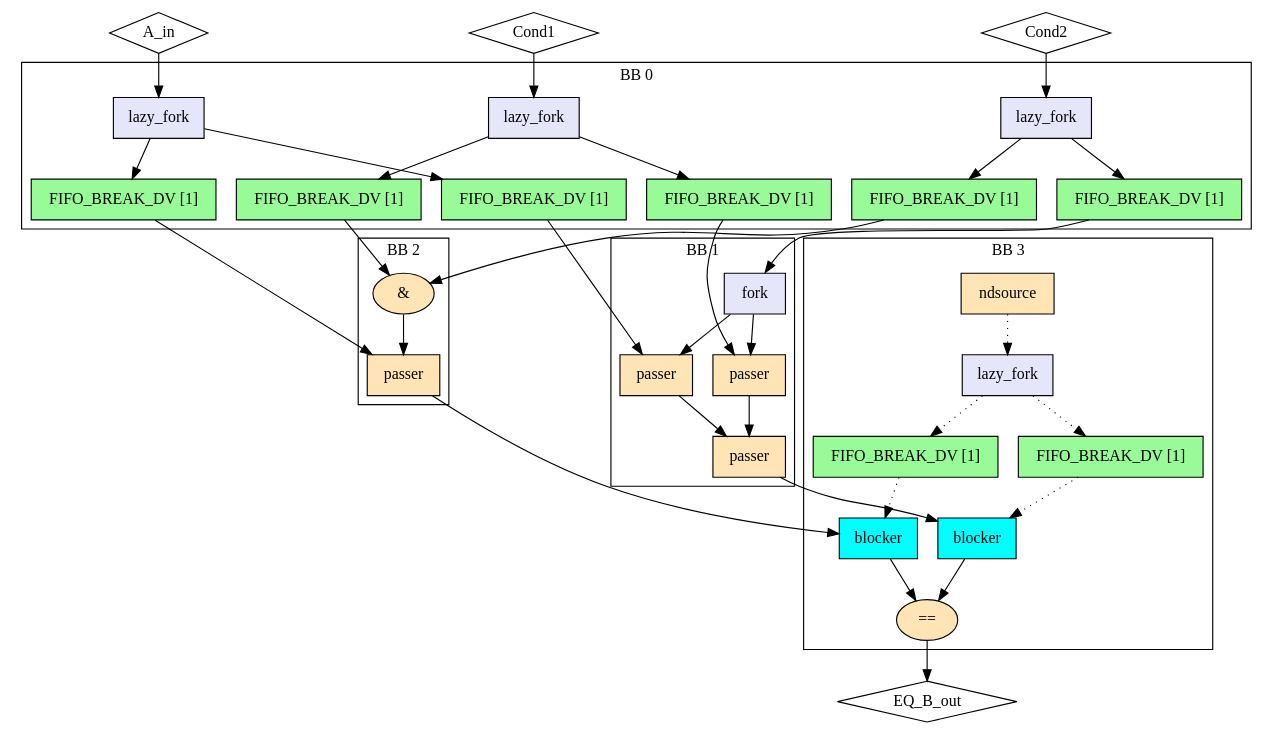
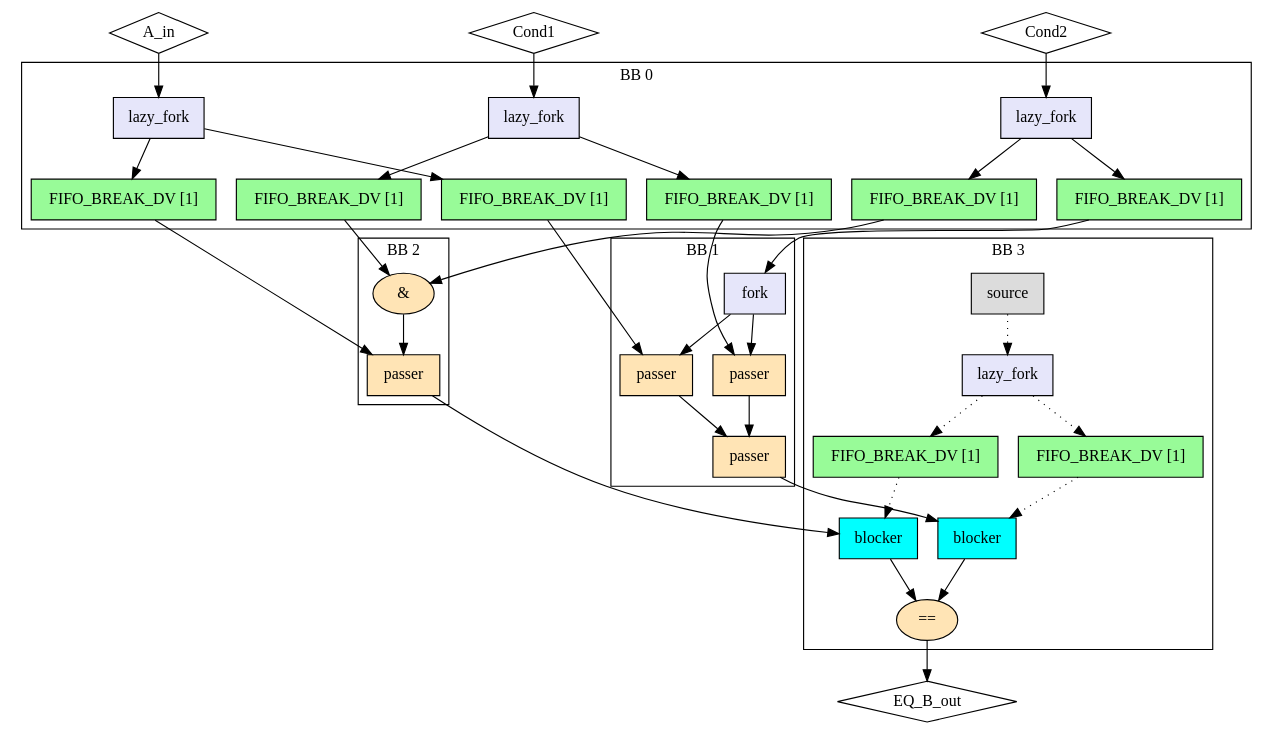
The diagram in experimental/tools/elastic-miter/out/unify_sup/miter/model.dot (EPFL-LAP/dynamatic), drawn with Graphviz before and after one commit. The commit also changed 217 other files, not shown here.

```diff
--- a/experimental/tools/elastic-miter/out/unify_sup/miter/model.dot
+++ b/experimental/tools/elastic-miter/out/unify_sup/miter/model.dot
@@ -1,72 +1,72 @@
 Digraph G {
   splines=spline
   compound=true
   "A_in" ["style"="solid", "shape"="diamond", "label"="A_in", "mlir_op"="handshake.func"]
   "Cond1" ["style"="solid", "shape"="diamond", "label"="Cond1", "mlir_op"="handshake.func"]
   "Cond2" ["style"="solid", "shape"="diamond", "label"="Cond2", "mlir_op"="handshake.func"]
   "EQ_B_out" ["style"="solid", "shape"="diamond", "label"="EQ_B_out", "mlir_op"="handshake.func"]
   "A_in" -> "in_fork_A_in" ["dir"="both", "style"="solid", "arrowhead"="normal", "from_idx"="0", "to"="ins", "arrowtail"="none", "from"="A_in", "to_idx"="0"]
   "Cond1" -> "in_fork_Cond1" ["dir"="both", "style"="solid", "arrowhead"="normal", "from_idx"="1", "to"="ins", "arrowtail"="none", "from"="Cond1", "to_idx"="0"]
   "Cond2" -> "in_fork_Cond2" ["dir"="both", "style"="solid", "arrowhead"="normal", "from_idx"="2", "to"="ins", "arrowtail"="none", "from"="Cond2", "to_idx"="0"]
   "lhs_in_buf_A_in" -> "lhs_passer2" ["dir"="both", "style"="solid", "arrowhead"="normal", "from_idx"="0", "to"="data", "arrowtail"="none", "from"="outs", "to_idx"="0"]
   "rhs_in_buf_A_in" -> "rhs_passer" ["dir"="both", "style"="solid", "arrowhead"="normal", "from_idx"="0", "to"="data", "arrowtail"="none", "from"="outs", "to_idx"="0"]
   "lhs_in_buf_Cond1" -> "lhs_passer1" ["dir"="both", "style"="solid", "arrowhead"="normal", "from_idx"="0", "to"="data", "arrowtail"="none", "from"="outs", "to_idx"="0"]
   "rhs_in_buf_Cond1" -> "rhs_andi" ["dir"="both", "style"="solid", "arrowhead"="normal", "from_idx"="0", "to"="lhs", "arrowtail"="none", "from"="outs", "to_idx"="0"]
   "lhs_in_buf_Cond2" -> "lhs_fork_cond2" ["dir"="both", "style"="solid", "arrowhead"="normal", "from_idx"="0", "to"="ins", "arrowtail"="none", "from"="outs", "to_idx"="0"]
   "rhs_in_buf_Cond2" -> "rhs_andi" ["dir"="both", "style"="solid", "arrowhead"="normal", "from_idx"="0", "to"="rhs", "arrowtail"="none", "from"="outs", "to_idx"="1"]
   "out_eq_B_out" -> "EQ_B_out" ["dir"="both", "style"="solid", "arrowhead"="normal", "from_idx"="0", "to"="EQ_B_out", "arrowtail"="none", "from"="result", "to_idx"="0"]
   "lhs_passer3" -> "lhs_out_bl_B_out" ["dir"="both", "style"="solid", "arrowhead"="normal", "from_idx"="0", "to"="ins", "arrowtail"="none", "from"="result", "to_idx"="0"]
   "rhs_passer" -> "rhs_out_bl_B_out" ["dir"="both", "style"="solid", "arrowhead"="normal", "from_idx"="0", "to"="ins", "arrowtail"="none", "from"="result", "to_idx"="0"]
   subgraph cluster0 {
     graph ["label"="BB 0"]
     "in_fork_A_in" ["style"="filled", "fillcolor"="lavender", "shape"="box", "label"="lazy_fork", "mlir_op"="handshake.lazy_fork"]
     "lhs_in_buf_A_in" ["style"="filled", "fillcolor"="palegreen", "shape"="box", "label"="FIFO_BREAK_DV [1]", "mlir_op"="handshake.buffer"]
     "rhs_in_buf_A_in" ["style"="filled", "fillcolor"="palegreen", "shape"="box", "label"="FIFO_BREAK_DV [1]", "mlir_op"="handshake.buffer"]
     "in_fork_Cond1" ["style"="filled", "fillcolor"="lavender", "shape"="box", "label"="lazy_fork", "mlir_op"="handshake.lazy_fork"]
     "lhs_in_buf_Cond1" ["style"="filled", "fillcolor"="palegreen", "shape"="box", "label"="FIFO_BREAK_DV [1]", "mlir_op"="handshake.buffer"]
     "rhs_in_buf_Cond1" ["style"="filled", "fillcolor"="palegreen", "shape"="box", "label"="FIFO_BREAK_DV [1]", "mlir_op"="handshake.buffer"]
     "in_fork_Cond2" ["style"="filled", "fillcolor"="lavender", "shape"="box", "label"="lazy_fork", "mlir_op"="handshake.lazy_fork"]
     "lhs_in_buf_Cond2" ["style"="filled", "fillcolor"="palegreen", "shape"="box", "label"="FIFO_BREAK_DV [1]", "mlir_op"="handshake.buffer"]
     "rhs_in_buf_Cond2" ["style"="filled", "fillcolor"="palegreen", "shape"="box", "label"="FIFO_BREAK_DV [1]", "mlir_op"="handshake.buffer"]
     "in_fork_A_in" -> "lhs_in_buf_A_in" ["dir"="both", "style"="solid", "arrowhead"="normal", "from_idx"="0", "to"="ins", "arrowtail"="none", "from"="outs_0", "to_idx"="0"]
     "in_fork_A_in" -> "rhs_in_buf_A_in" ["dir"="both", "style"="solid", "arrowhead"="normal", "from_idx"="1", "to"="ins", "arrowtail"="none", "from"="outs_1", "to_idx"="0"]
     "in_fork_Cond1" -> "lhs_in_buf_Cond1" ["dir"="both", "style"="solid", "arrowhead"="normal", "from_idx"="0", "to"="ins", "arrowtail"="none", "from"="outs_0", "to_idx"="0"]
     "in_fork_Cond1" -> "rhs_in_buf_Cond1" ["dir"="both", "style"="solid", "arrowhead"="normal", "from_idx"="1", "to"="ins", "arrowtail"="none", "from"="outs_1", "to_idx"="0"]
     "in_fork_Cond2" -> "lhs_in_buf_Cond2" ["dir"="both", "style"="solid", "arrowhead"="normal", "from_idx"="0", "to"="ins", "arrowtail"="none", "from"="outs_0", "to_idx"="0"]
     "in_fork_Cond2" -> "rhs_in_buf_Cond2" ["dir"="both", "style"="solid", "arrowhead"="normal", "from_idx"="1", "to"="ins", "arrowtail"="none", "from"="outs_1", "to_idx"="0"]
   }
   subgraph cluster3 {
     graph ["label"="BB 3"]
-    "out_nds_B_out" ["style"="filled", "fillcolor"="moccasin", "shape"="box", "label"="ndsource", "mlir_op"="handshake.ndsource"]
+    "out_src_B_out" ["style"="filled", "fillcolor"="gainsboro", "shape"="box", "label"="source", "mlir_op"="handshake.source"]
     "out_lf_B_out" ["style"="filled", "fillcolor"="lavender", "shape"="box", "label"="lazy_fork", "mlir_op"="handshake.lazy_fork"]
     "out_buf_lhs_nds_B_out" ["style"="filled", "fillcolor"="palegreen", "shape"="box", "label"="FIFO_BREAK_DV [1]", "mlir_op"="handshake.buffer"]
     "out_buf_rhs_nds_B_out" ["style"="filled", "fillcolor"="palegreen", "shape"="box", "label"="FIFO_BREAK_DV [1]", "mlir_op"="handshake.buffer"]
     "lhs_out_bl_B_out" ["style"="filled", "fillcolor"="cyan", "shape"="box", "label"="blocker", "mlir_op"="handshake.blocker"]
     "rhs_out_bl_B_out" ["style"="filled", "fillcolor"="cyan", "shape"="box", "label"="blocker", "mlir_op"="handshake.blocker"]
     "out_eq_B_out" ["style"="filled", "fillcolor"="moccasin", "shape"="oval", "label"="==", "mlir_op"="handshake.cmpi=="]
-    "out_nds_B_out" -> "out_lf_B_out" ["dir"="both", "style"="dotted", "arrowhead"="normal", "from_idx"="0", "to"="ins", "arrowtail"="none", "from"="result", "to_idx"="0"]
+    "out_src_B_out" -> "out_lf_B_out" ["dir"="both", "style"="dotted", "arrowhead"="normal", "from_idx"="0", "to"="ins", "arrowtail"="none", "from"="outs", "to_idx"="0"]
     "out_lf_B_out" -> "out_buf_lhs_nds_B_out" ["dir"="both", "style"="dotted", "arrowhead"="normal", "from_idx"="0", "to"="ins", "arrowtail"="none", "from"="outs_0", "to_idx"="0"]
     "out_lf_B_out" -> "out_buf_rhs_nds_B_out" ["dir"="both", "style"="dotted", "arrowhead"="normal", "from_idx"="1", "to"="ins", "arrowtail"="none", "from"="outs_1", "to_idx"="0"]
     "out_buf_lhs_nds_B_out" -> "lhs_out_bl_B_out" ["dir"="both", "style"="dotted", "arrowhead"="normal", "from_idx"="0", "to"="ctrl", "arrowtail"="none", "from"="outs", "to_idx"="1"]
     "out_buf_rhs_nds_B_out" -> "rhs_out_bl_B_out" ["dir"="both", "style"="dotted", "arrowhead"="normal", "from_idx"="0", "to"="ctrl", "arrowtail"="none", "from"="outs", "to_idx"="1"]
     "lhs_out_bl_B_out" -> "out_eq_B_out" ["dir"="both", "style"="solid", "arrowhead"="normal", "from_idx"="0", "to"="lhs", "arrowtail"="none", "from"="outs", "to_idx"="0"]
     "rhs_out_bl_B_out" -> "out_eq_B_out" ["dir"="both", "style"="solid", "arrowhead"="normal", "from_idx"="0", "to"="rhs", "arrowtail"="none", "from"="outs", "to_idx"="1"]
   }
   subgraph cluster1 {
     graph ["label"="BB 1"]
     "lhs_fork_cond2" ["style"="filled", "fillcolor"="lavender", "shape"="box", "label"="fork", "mlir_op"="handshake.fork"]
     "lhs_passer1" ["style"="filled", "fillcolor"="moccasin", "shape"="box", "label"="passer", "mlir_op"="handshake.passer"]
     "lhs_passer2" ["style"="filled", "fillcolor"="moccasin", "shape"="box", "label"="passer", "mlir_op"="handshake.passer"]
     "lhs_passer3" ["style"="filled", "fillcolor"="moccasin", "shape"="box", "label"="passer", "mlir_op"="handshake.passer"]
     "lhs_fork_cond2" -> "lhs_passer1" ["dir"="both", "style"="solid", "arrowhead"="normal", "from_idx"="0", "to"="ctrl", "arrowtail"="none", "from"="outs_0", "to_idx"="1"]
     "lhs_fork_cond2" -> "lhs_passer2" ["dir"="both", "style"="solid", "arrowhead"="normal", "from_idx"="1", "to"="ctrl", "arrowtail"="none", "from"="outs_1", "to_idx"="1"]
     "lhs_passer1" -> "lhs_passer3" ["dir"="both", "style"="solid", "arrowhead"="normal", "from_idx"="0", "to"="ctrl", "arrowtail"="none", "from"="result", "to_idx"="1"]
     "lhs_passer2" -> "lhs_passer3" ["dir"="both", "style"="solid", "arrowhead"="normal", "from_idx"="0", "to"="data", "arrowtail"="none", "from"="result", "to_idx"="0"]
   }
   subgraph cluster2 {
     graph ["label"="BB 2"]
     "rhs_andi" ["style"="filled", "fillcolor"="moccasin", "shape"="oval", "label"="&", "mlir_op"="handshake.andi"]
     "rhs_passer" ["style"="filled", "fillcolor"="moccasin", "shape"="box", "label"="passer", "mlir_op"="handshake.passer"]
     "rhs_andi" -> "rhs_passer" ["dir"="both", "style"="solid", "arrowhead"="normal", "from_idx"="0", "to"="ctrl", "arrowtail"="none", "from"="result", "to_idx"="1"]
   }
 }
```
